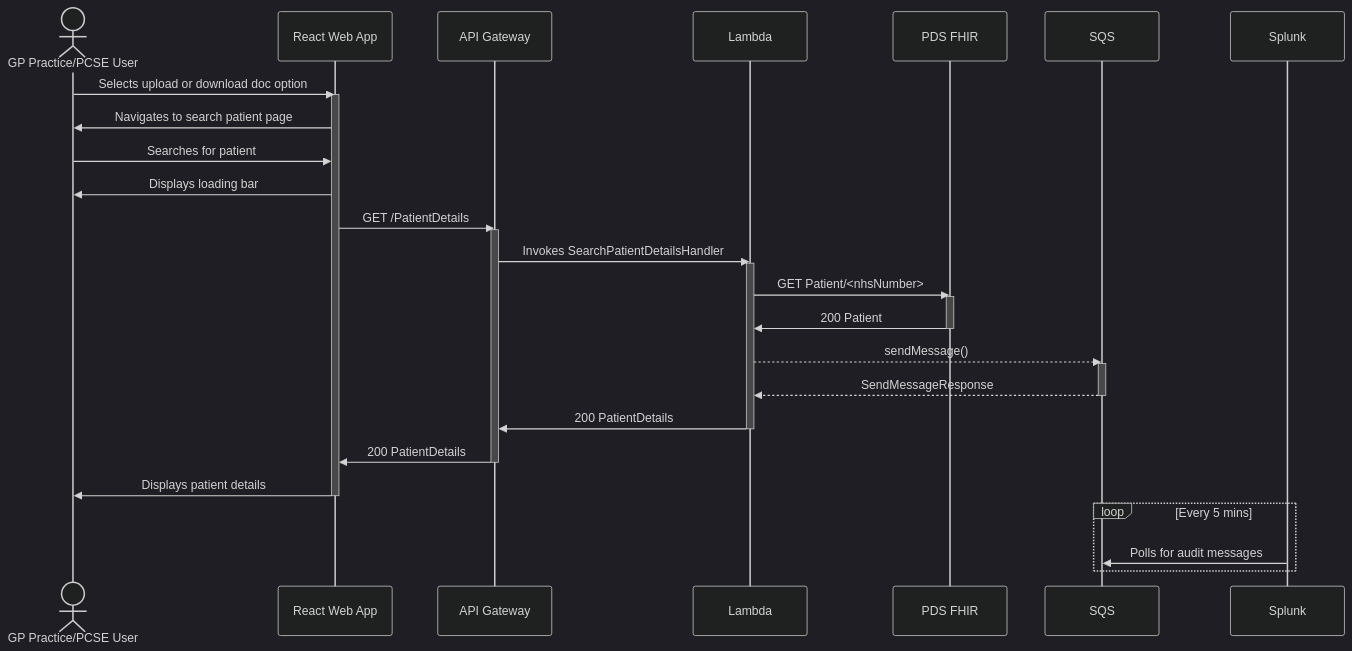
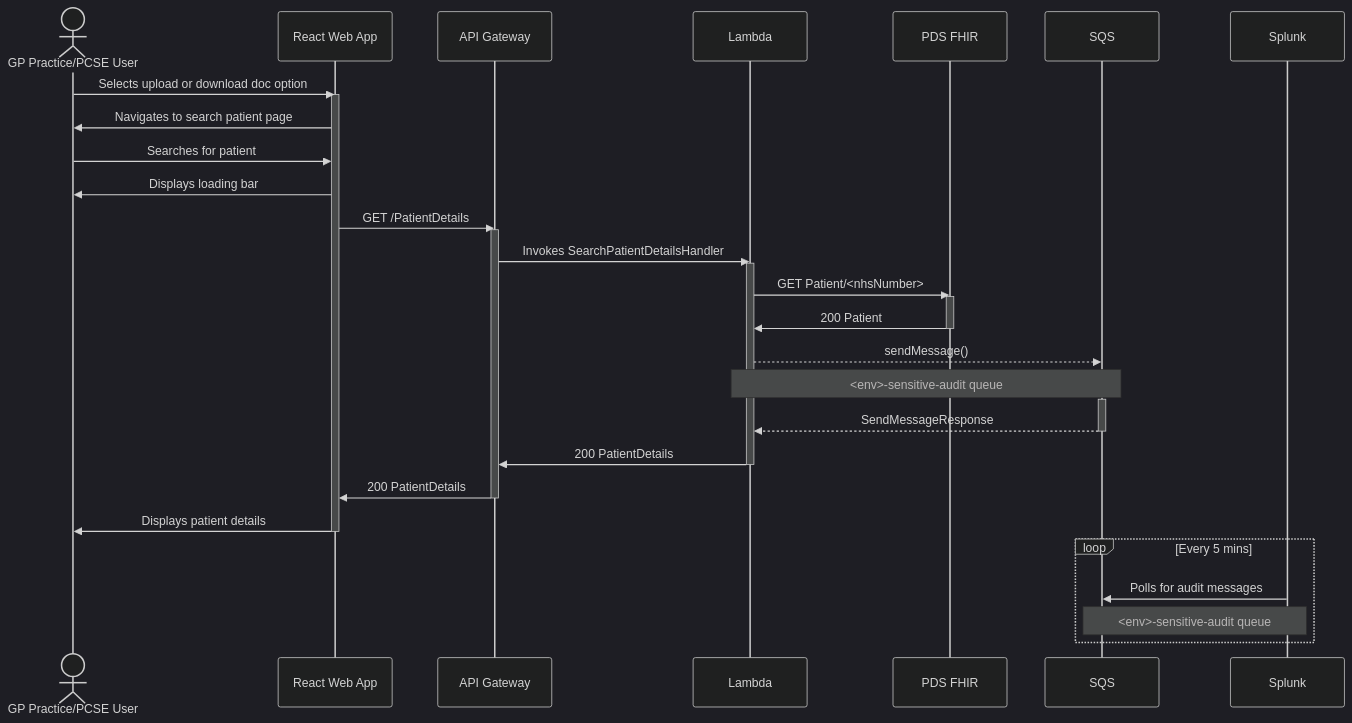
Before and after one commit to nhsconnect/document-store-prototype: the diagram in docs/diagrams/sequence/search-patient-details.md, drawn with Mermaid (dark theme). The commit also changed 2 other files, not shown here.

Commit message:
[PRMT-3138] Add SQS queue labelling to sequence diagrams

````diff
--- a/docs/diagrams/sequence/search-patient-details.md
+++ b/docs/diagrams/sequence/search-patient-details.md
@@ -8,30 +8,32 @@
 ```mermaid
 sequenceDiagram
     actor GP Practice/PCSE User
     GP Practice/PCSE User->>React Web App: Selects upload or download doc option
     activate React Web App
         React Web App->>GP Practice/PCSE User: Navigates to search patient page
         GP Practice/PCSE User->>React Web App: Searches for patient
         React Web App->>GP Practice/PCSE User: Displays loading bar
         React Web App->>API Gateway: GET /PatientDetails
         activate API Gateway
             API Gateway->>Lambda: Invokes SearchPatientDetailsHandler
             activate Lambda
                 Lambda->>PDS FHIR: GET Patient/<nhsNumber>
                 activate PDS FHIR
                     PDS FHIR->>Lambda: 200 Patient
                 deactivate PDS FHIR
                 Lambda-->>SQS: sendMessage()
+                Note over Lambda, SQS: <env>-sensitive-audit queue
                 activate SQS
                     SQS-->>Lambda: SendMessageResponse
                 deactivate SQS
                 Lambda->>API Gateway: 200 PatientDetails
             deactivate Lambda
             API Gateway->>React Web App: 200 PatientDetails
         deactivate API Gateway
         React Web App->>GP Practice/PCSE User: Displays patient details
     deactivate React Web App
     loop Every 5 mins
         Splunk->>SQS: Polls for audit messages
+        Note over Splunk, SQS: <env>-sensitive-audit queue
     end
 ```
````
